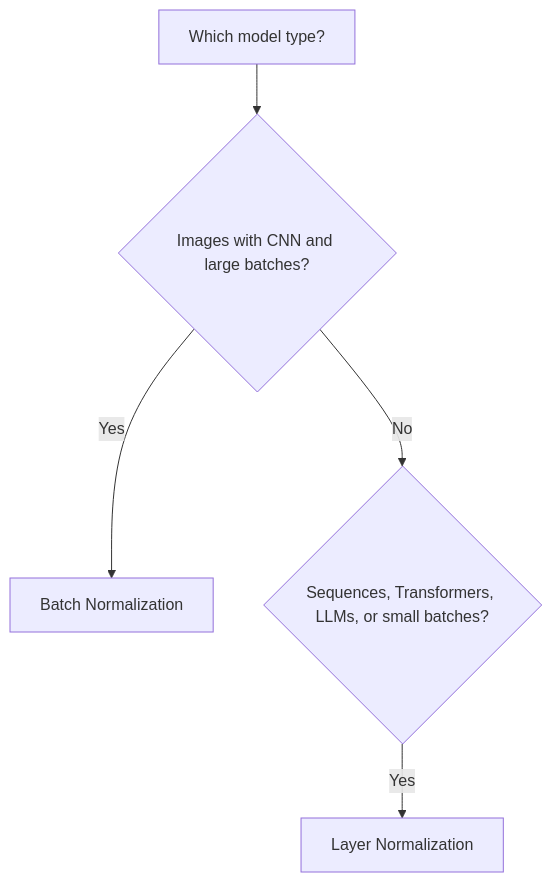
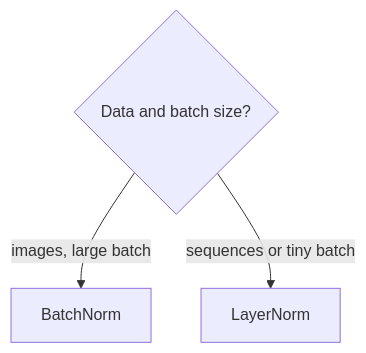
The second of 2 diagrams in notes/step-02-deep-learning-and-neural-networks/038-batch-normalization-vs-layer-normalization.md (kaisarnajar/outcome-school-blogs), drawn with Mermaid before and after one commit. The commit also changed other lines of this file and 233 other files, not shown here.

````diff
--- a/notes/step-02-deep-learning-and-neural-networks/038-batch-normalization-vs-layer-normalization.md
+++ b/notes/step-02-deep-learning-and-neural-networks/038-batch-normalization-vs-layer-normalization.md
@@ -44,7 +71,6 @@
 ```mermaid
 flowchart TD
-    A["Which model type?"] --> B{"Images with CNN and large batches?"}
-    B -->|"Yes"| C["Batch Normalization"]
-    B -->|"No"| D{"Sequences, Transformers, LLMs, or small batches?"}
-    D -->|"Yes"| E["Layer Normalization"]
+    Q{"Data and batch size?"}
+    Q -->|"images, large batch"| B["BatchNorm"]
+    Q -->|"sequences or tiny batch"| L["LayerNorm"]
 ```
````
